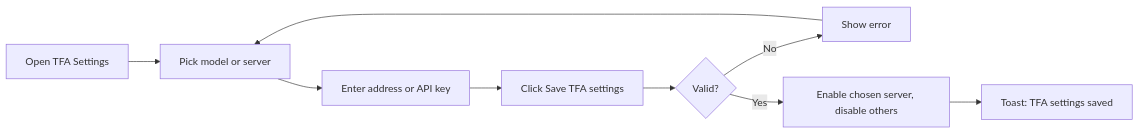
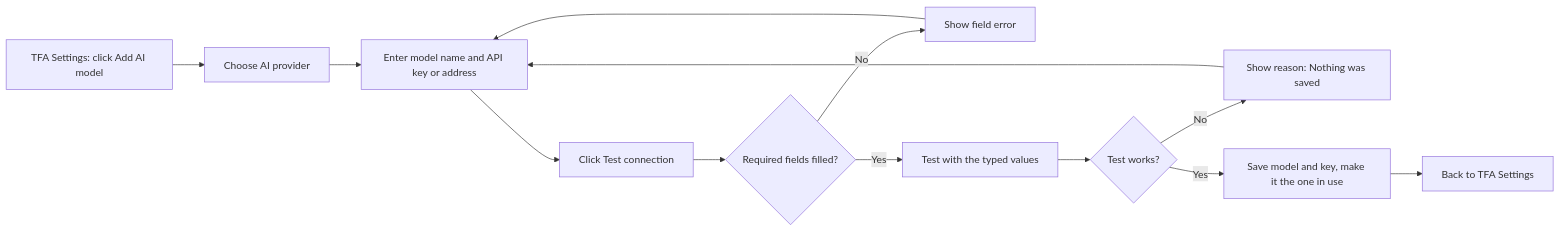
One commit to jojogeorge3344/TaskFlow-Project changed the second of 5 diagrams in TF - Documents/TFWorkflow/App WF in MD/08-Settings/08.4-TFA-Settings.md. Above: the diagram before and after it, drawn with Mermaid. The commit also changed other lines of this file and 103 other files, not shown here.

First line of the commit message:
feat(tfa): add AI model page, model ID check, read-only model list and edit

````diff
--- a/TF - Documents/TFWorkflow/App WF in MD/08-Settings/08.4-TFA-Settings.md
+++ b/TF - Documents/TFWorkflow/App WF in MD/08-Settings/08.4-TFA-Settings.md
@@ -81,10 +135,13 @@
 ```mermaid
 flowchart LR
-  A["Open TFA Settings"] --> B["Pick model or server"]
-  B --> C["Enter address or API key"]
-  C --> D["Click Save TFA settings"]
-  D --> E{"Valid?"}
-  E -- No --> F["Show error"] --> B
-  E -- Yes --> G["Enable chosen server, disable others"]
-  G --> H["Toast: TFA settings saved"]
+  A["TFA Settings: click Add AI model"] --> B["Choose AI provider"]
+  B --> C["Enter model name and API key or address"]
+  C --> D["Click Test connection"]
+  D --> E{"Required fields filled?"}
+  E -- No --> F["Show field error"] --> C
+  E -- Yes --> G["Test with the typed values"]
+  G --> H{"Test works?"}
+  H -- No --> I["Show reason: Nothing was saved"] --> C
+  H -- Yes --> J["Save model and key, make it the one in use"]
+  J --> K["Back to TFA Settings"]
 ```
````
